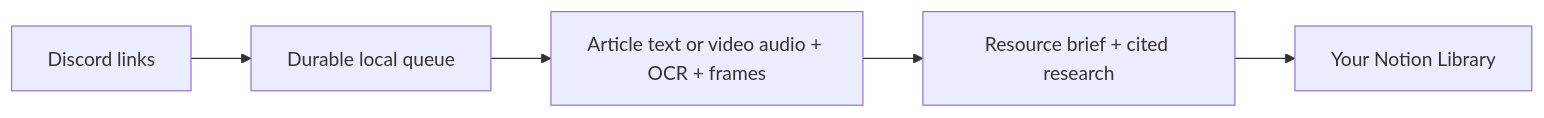
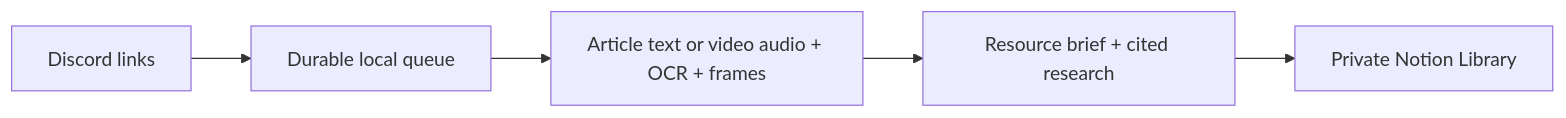
One commit to cjcsecurity/vid2idea changed the diagram in README.md. Above: the diagram before and after it, drawn with Mermaid. The commit also changed other lines of this file and 25 other files, not shown here.

````diff
--- a/README.md
+++ b/README.md
@@ -11,7 +114,7 @@
 ```mermaid
 flowchart LR
   A["Discord links"] --> B["Durable local queue"]
   B --> C["Article text or video audio + OCR + frames"]
   C --> D["Resource brief + cited research"]
-  D --> E["Your Notion Library"]
+  D --> E["Private Notion Library"]
 ```
````
